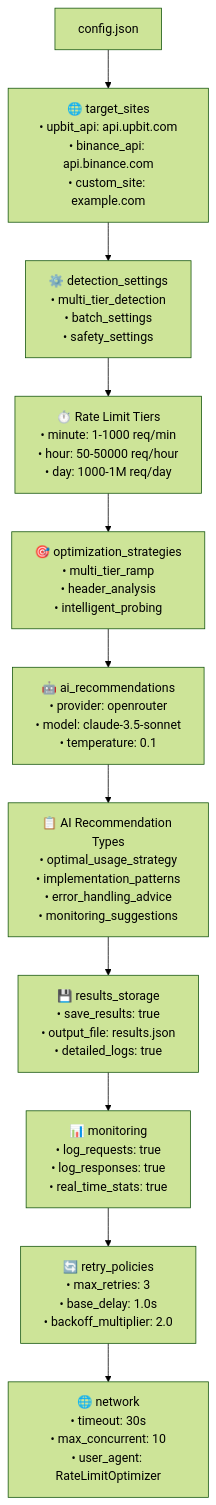
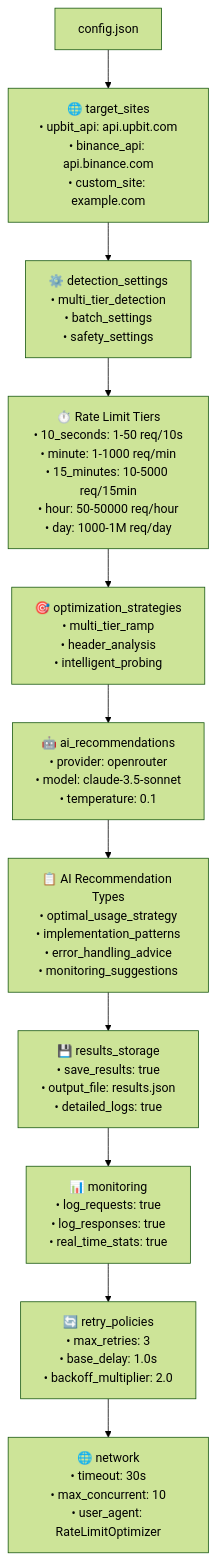
One commit to suenot/rate-limit-optimizer changed the third of 5 diagrams in MERMAID.md. Above: the diagram before and after it, drawn with Mermaid (forest theme). The commit also changed other lines of this file and 4 other files, not shown here.

Commit message:
Добавлен новый tier "10_seconds" с интервалом 10 секунд в файлы config.json, README.md и MERMAID.md. Обновлен порядок tiers в multi-tier тестировании и добавлены команды для проверки валидности JSON конфигурации в COMMANDS.md. Эти изменения улучшают функциональность системы и документацию.

````diff
--- a/MERMAID.md
+++ b/MERMAID.md
@@ -136,22 +148,22 @@
 ```mermaid
 flowchart TD
     A[config.json] --> B["🌐 target_sites<br/>• upbit_api: api.upbit.com<br/>• binance_api: api.binance.com<br/>• custom_site: example.com"]
     
     B --> C["⚙️ detection_settings<br/>• multi_tier_detection<br/>• batch_settings<br/>• safety_settings"]
     
-    C --> D["⏱️ Rate Limit Tiers<br/>• minute: 1-1000 req/min<br/>• hour: 50-50000 req/hour<br/>• day: 1000-1M req/day"]
+    C --> D["⏱️ Rate Limit Tiers<br/>• 10_seconds: 1-50 req/10s<br/>• minute: 1-1000 req/min<br/>• 15_minutes: 10-5000 req/15min<br/>• hour: 50-50000 req/hour<br/>• day: 1000-1M req/day"]
     
     D --> E["🎯 optimization_strategies<br/>• multi_tier_ramp<br/>• header_analysis<br/>• intelligent_probing"]
     
     E --> F["🤖 ai_recommendations<br/>• provider: openrouter<br/>• model: claude-3.5-sonnet<br/>• temperature: 0.1"]
     
     F --> G["📋 AI Recommendation Types<br/>• optimal_usage_strategy<br/>• implementation_patterns<br/>• error_handling_advice<br/>• monitoring_suggestions"]
     
     G --> H["💾 results_storage<br/>• save_results: true<br/>• output_file: results.json<br/>• detailed_logs: true"]
     
     H --> I["📊 monitoring<br/>• log_requests: true<br/>• log_responses: true<br/>• real_time_stats: true"]
     
     I --> J["🔄 retry_policies<br/>• max_retries: 3<br/>• base_delay: 1.0s<br/>• backoff_multiplier: 2.0"]
     
     J --> K["🌐 network<br/>• timeout: 30s<br/>• max_concurrent: 10<br/>• user_agent: RateLimitOptimizer"]
 ```
````
